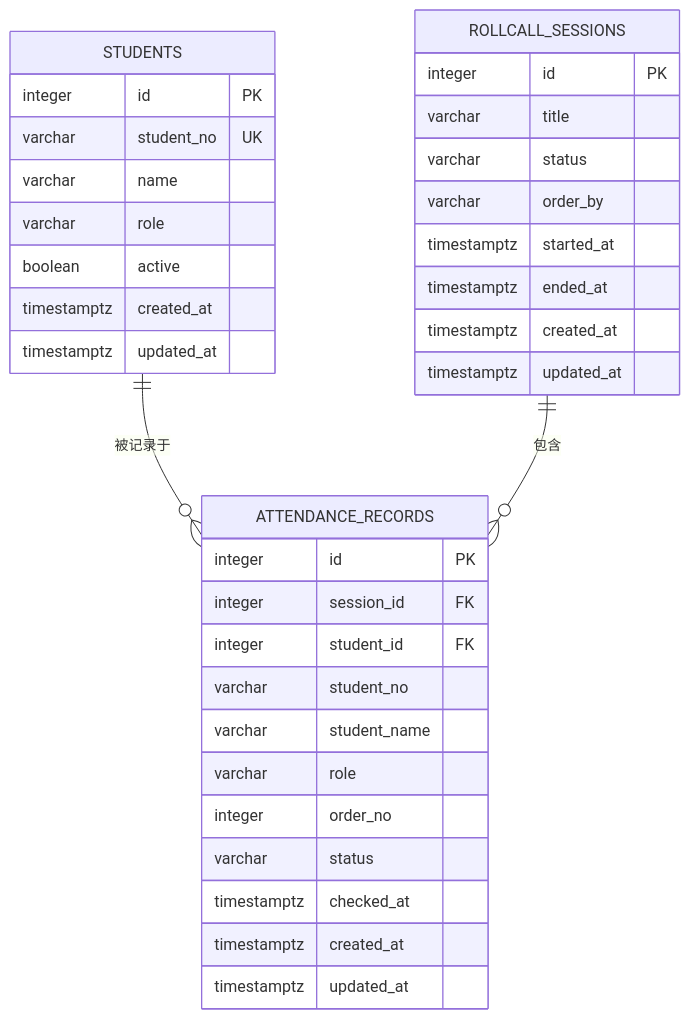
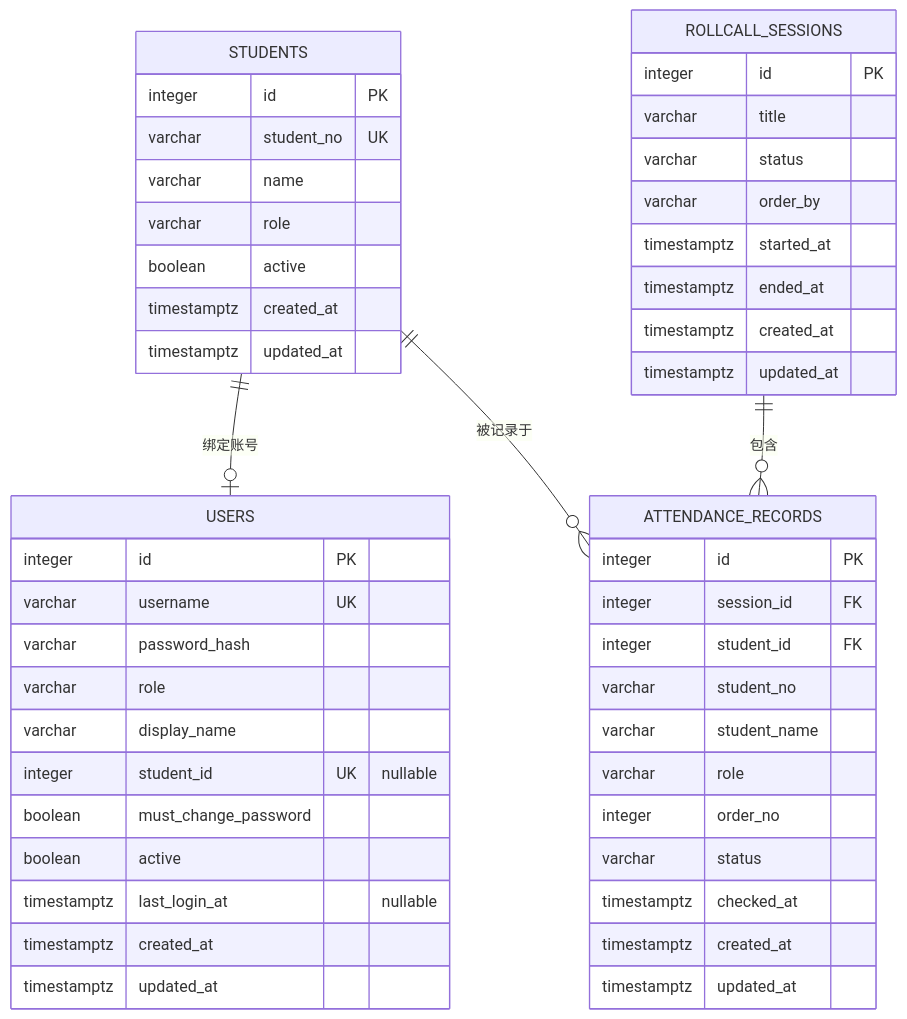
The diagram in docs/数据库.md (sparrow-max/teachers-treasure), drawn with Mermaid before and after one commit. The commit also changed other lines of this file and 5 other files, not shown here.

````diff
--- a/docs/数据库.md
+++ b/docs/数据库.md
@@ -21,40 +23,55 @@
 ```mermaid
 erDiagram
+    STUDENTS ||--o| USERS : "绑定账号"
     STUDENTS ||--o{ ATTENDANCE_RECORDS : "被记录于"
     ROLLCALL_SESSIONS ||--o{ ATTENDANCE_RECORDS : "包含"
 
     STUDENTS {
         integer id PK
         varchar student_no UK
         varchar name
         varchar role
         boolean active
+        timestamptz created_at
+        timestamptz updated_at
+    }
+
+    USERS {
+        integer id PK
+        varchar username UK
+        varchar password_hash
+        varchar role
+        varchar display_name
+        integer student_id UK "nullable"
+        boolean must_change_password
+        boolean active
+        timestamptz last_login_at "nullable"
         timestamptz created_at
         timestamptz updated_at
     }
 
     ROLLCALL_SESSIONS {
         integer id PK
         varchar title
         varchar status
         varchar order_by
         timestamptz started_at
         timestamptz ended_at
         timestamptz created_at
         timestamptz updated_at
     }
 
     ATTENDANCE_RECORDS {
         integer id PK
         integer session_id FK
         integer student_id FK
         varchar student_no
         varchar student_name
         varchar role
         integer order_no
         varchar status
         timestamptz checked_at
         timestamptz created_at
         timestamptz updated_at
     }
 ```
````
